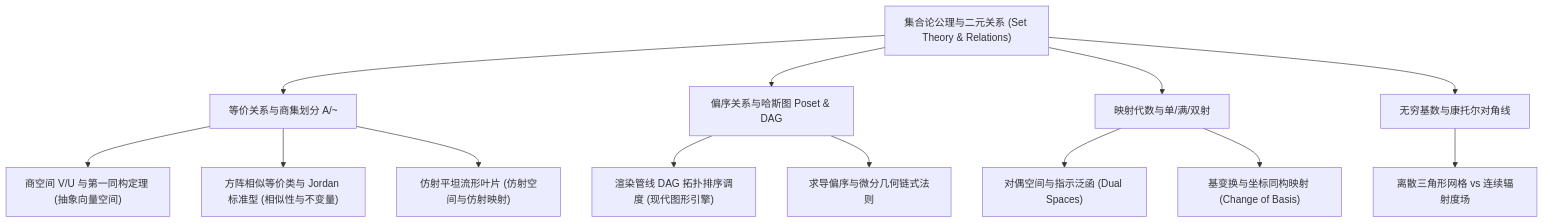
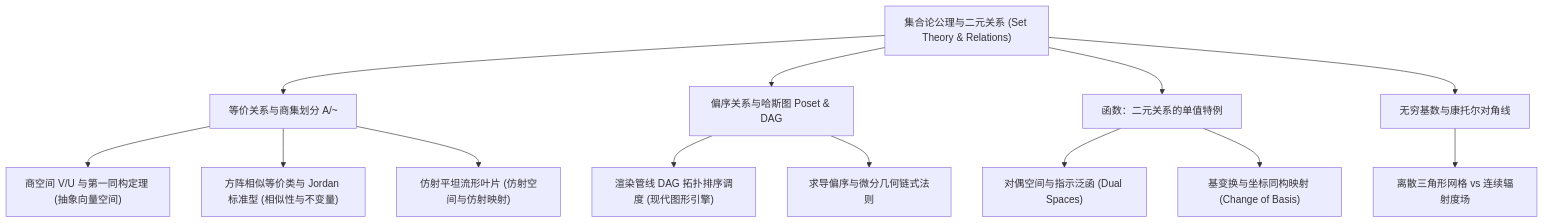
The diagram in src/content/posts/discrete-math/set-theory-relations-and-partitions.mdx (jihaohaaaa/gfxvis), drawn with Mermaid before and after one commit. The commit also changed other lines of this file and 26 other files, not shown here.

First line of the commit message:
feat(discrete-math): add graph theory fundamentals and unify CapsuleTabs UI system

````diff
--- a/src/content/posts/discrete-math/set-theory-relations-and-partitions.mdx
+++ b/src/content/posts/discrete-math/set-theory-relations-and-partitions.mdx
@@ -399,19 +384,19 @@
 ```mermaid
 graph TD
   A["集合论公理与二元关系 (Set Theory & Relations)"] --> B["等价关系与商集划分 A/~"]
   A --> C["偏序关系与哈斯图 Poset & DAG"]
-  A --> D["映射代数与单/满/双射"]
+  A --> D["函数：二元关系的单值特例"]
   A --> E["无穷基数与康托尔对角线"]
 
   B --> F["商空间 V/U 与第一同构定理 (抽象向量空间)"]
   B --> G["方阵相似等价类与 Jordan 标准型 (相似性与不变量)"]
   B --> H["仿射平坦流形叶片 (仿射空间与仿射映射)"]
 
   C --> I["渲染管线 DAG 拓扑排序调度 (现代图形引擎)"]
   C --> J["求导偏序与微分几何链式法则"]
 
   D --> K["对偶空间与指示泛函 (Dual Spaces)"]
   D --> L["基变换与坐标同构映射 (Change of Basis)"]
 
   E --> M["离散三角形网格 vs 连续辐射度场"]
 ```
````
